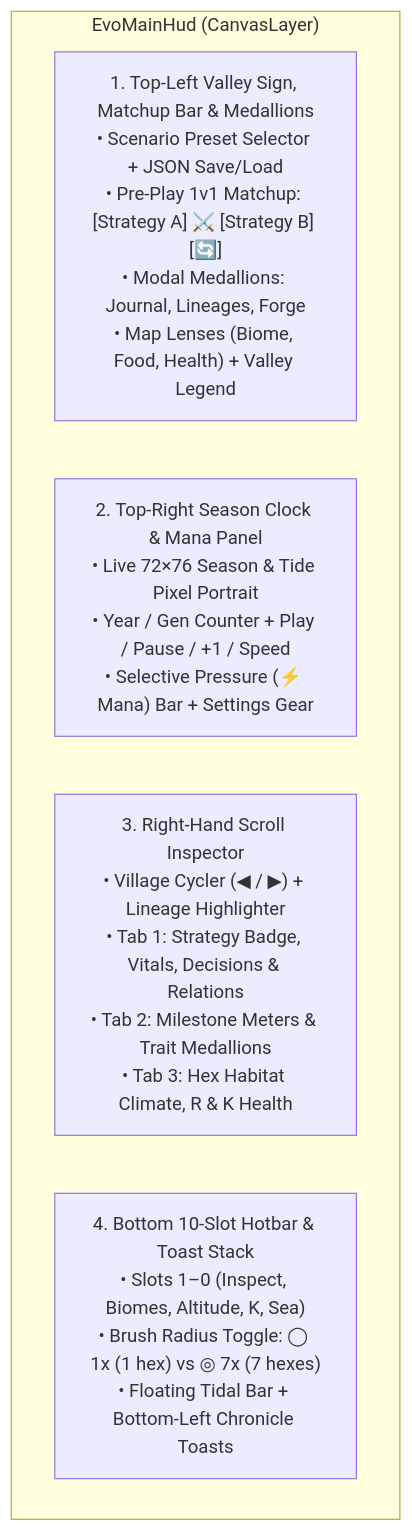
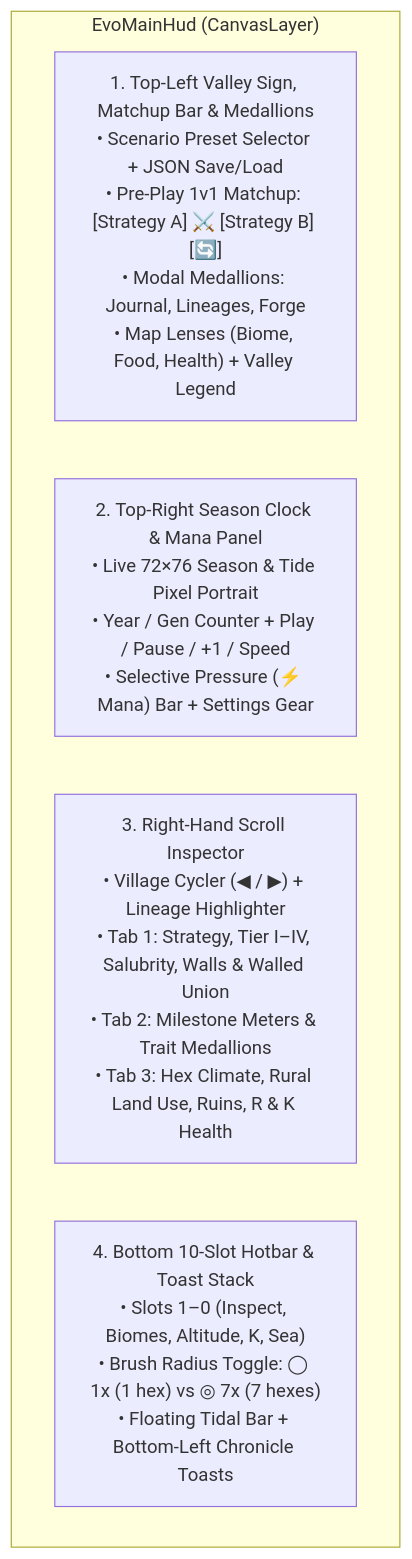
One commit to arrase/Evolution changed the diagram in gh-pages/ui_tools_controls.md. Above: the diagram before and after it, drawn with Mermaid. The commit also changed other lines of this file and 187 other files, not shown here.

Commit message:
feat(world,engine): 1-deme-per-hex 169-hex urban/rural simulation & 2.5D illustrated shader world

````diff
--- a/gh-pages/ui_tools_controls.md
+++ b/gh-pages/ui_tools_controls.md
@@ -13,9 +13,9 @@
 ```mermaid
 flowchart TD
     subgraph HUD ["EvoMainHud (CanvasLayer)"]
         TopLeft["1. Top-Left Valley Sign, Matchup Bar & Medallions\n• Scenario Preset Selector + JSON Save/Load\n• Pre-Play 1v1 Matchup: [Strategy A] ⚔️ [Strategy B] [🔄]\n• Modal Medallions: Journal, Lineages, Forge\n• Map Lenses (Biome, Food, Health) + Valley Legend"]
         TopRight["2. Top-Right Season Clock & Mana Panel\n• Live 72×76 Season & Tide Pixel Portrait\n• Year / Gen Counter + Play / Pause / +1 / Speed\n• Selective Pressure (⚡ Mana) Bar + Settings Gear"]
-        RightInsp["3. Right-Hand Scroll Inspector\n• Village Cycler (◀ / ▶) + Lineage Highlighter\n• Tab 1: Strategy Badge, Vitals, Decisions & Relations\n• Tab 2: Milestone Meters & Trait Medallions\n• Tab 3: Hex Habitat Climate, R & K Health"]
+        RightInsp["3. Right-Hand Scroll Inspector\n• Village Cycler (◀ / ▶) + Lineage Highlighter\n• Tab 1: Strategy, Tier I–IV, Salubrity, Walls & Walled Union\n• Tab 2: Milestone Meters & Trait Medallions\n• Tab 3: Hex Climate, Rural Land Use, Ruins, R & K Health"]
         BottomDock["4. Bottom 10-Slot Hotbar & Toast Stack\n• Slots 1–0 (Inspect, Biomes, Altitude, K, Sea)\n• Brush Radius Toggle: ◯ 1x (1 hex) vs ◎ 7x (7 hexes)\n• Floating Tidal Bar + Bottom-Left Chronicle Toasts"]
     end
 ```
````
